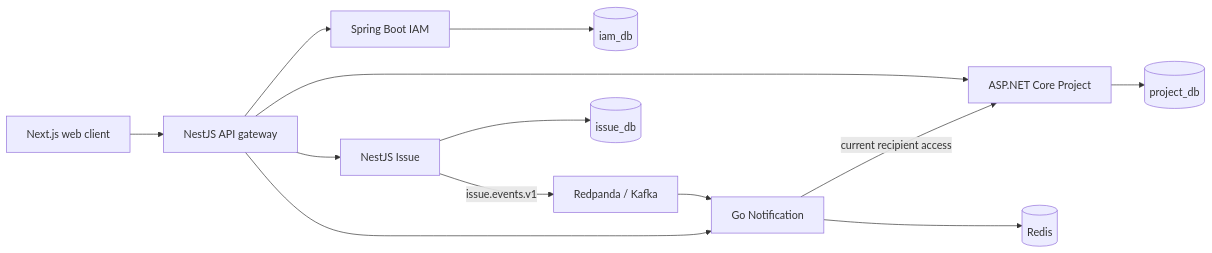
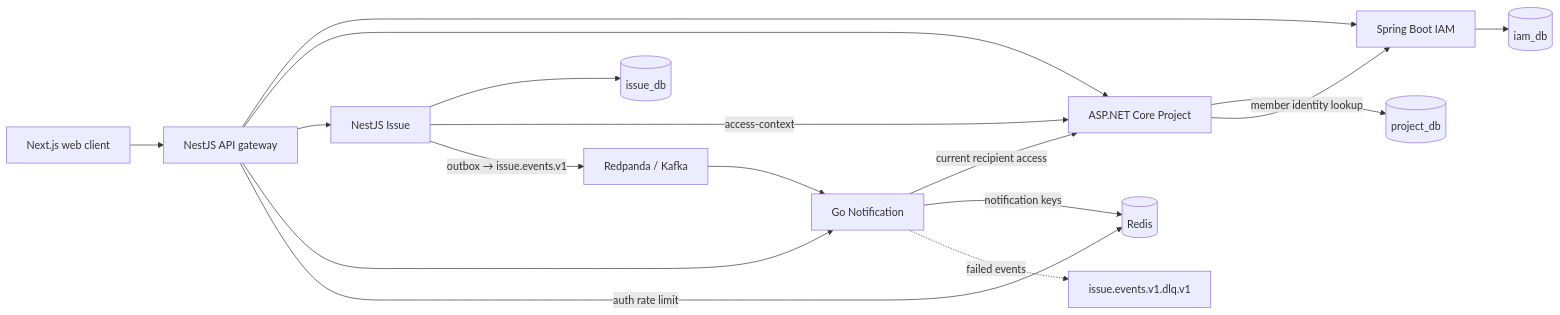
The diagram in docs/architecture/overview.md (NicolaiHong/jira-microservices-lab), drawn with Mermaid before and after one commit. The commit also changed other lines of this file and 87 other files, not shown here.

````diff
--- a/docs/architecture/overview.md
+++ b/docs/architecture/overview.md
@@ -7,15 +7,19 @@
 ```mermaid
 flowchart LR
   Web[Next.js web client] --> Gateway[NestJS API gateway]
   Gateway --> IAM[Spring Boot IAM]
   Gateway --> Project[ASP.NET Core Project]
   Gateway --> Issue[NestJS Issue]
   Gateway --> Notification[Go Notification]
+  Gateway -->|auth rate limit| Redis[(Redis)]
   IAM --> IAMDB[(iam_db)]
   Project --> ProjectDB[(project_db)]
+  Project -->|member identity lookup| IAM
   Issue --> IssueDB[(issue_db)]
-  Issue -->|issue.events.v1| Kafka[Redpanda / Kafka]
+  Issue -->|access-context| Project
+  Issue -->|outbox → issue.events.v1| Kafka[Redpanda / Kafka]
   Kafka --> Notification
   Notification -->|current recipient access| Project
-  Notification --> Redis[(Redis)]
+  Notification -->|notification keys| Redis
+  Notification -.->|failed events| DLQ[issue.events.v1.dlq.v1]
 ```
````
